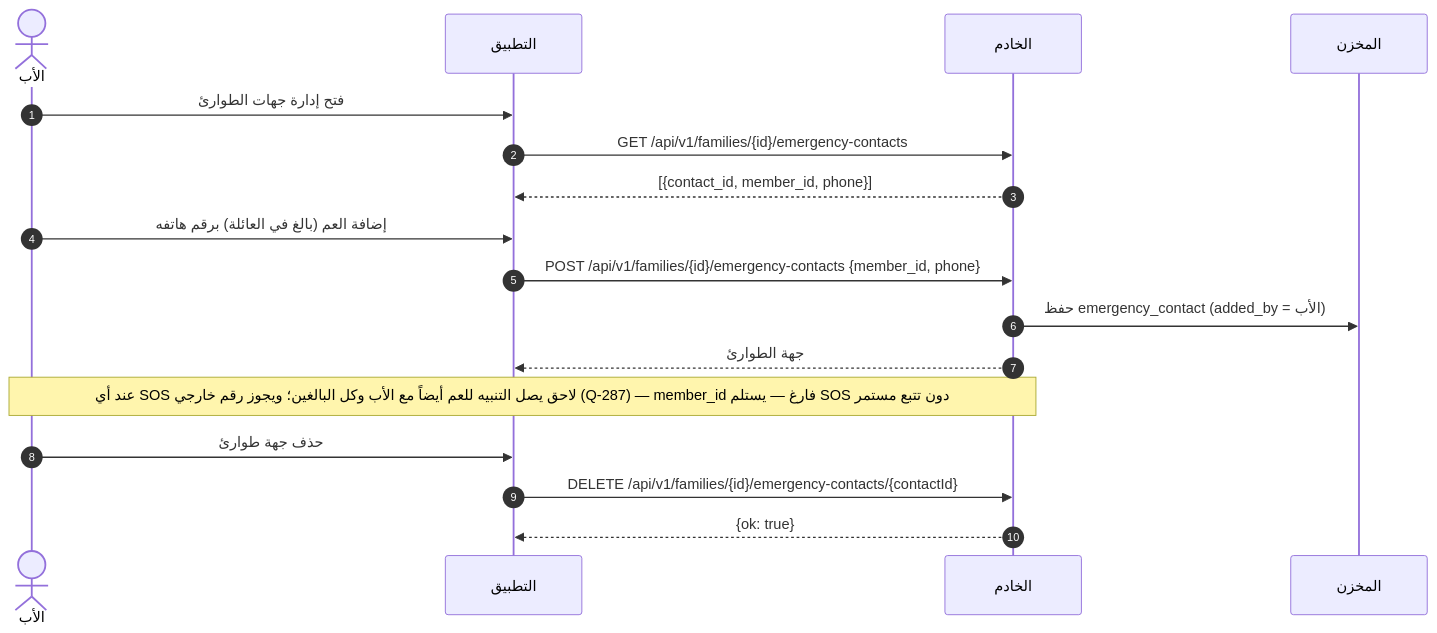
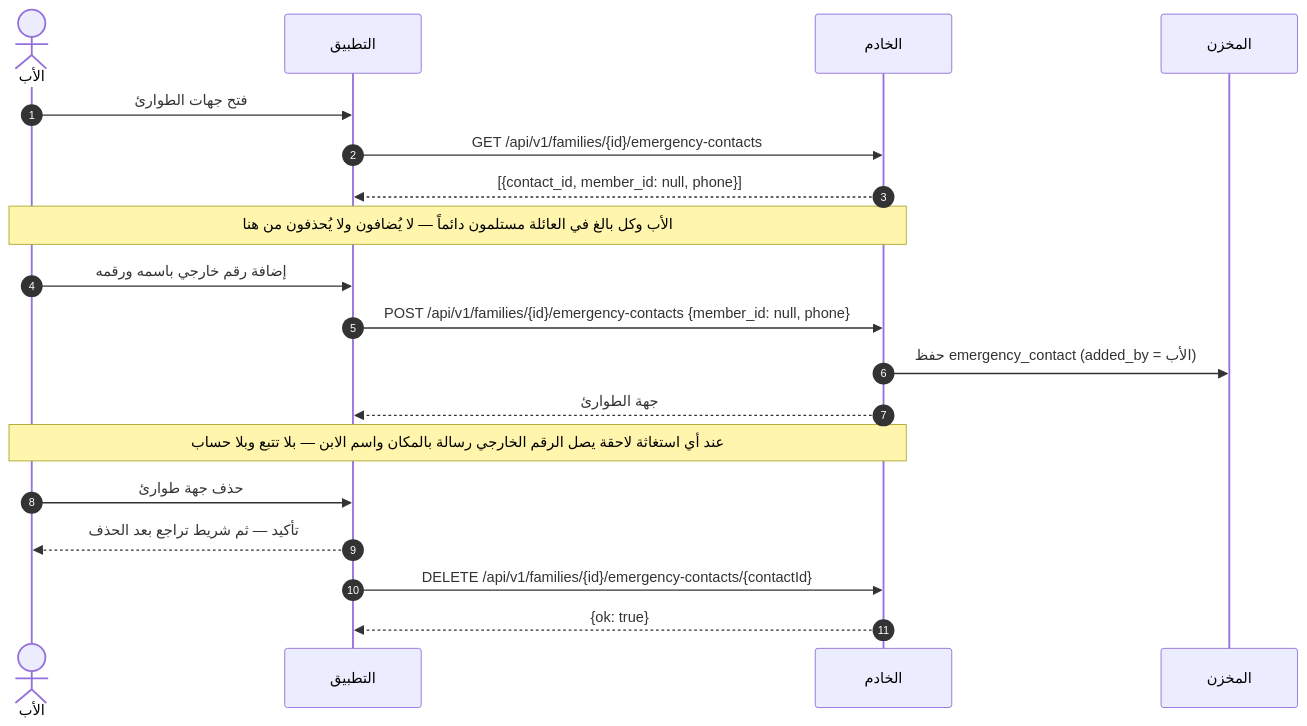
Before and after one commit to Bassam-mohammed-alqaeadi/family-os-v2: the ninth of 23 diagrams in docs/family-os/governance/phases/phase-1/S1-07-location-basic/DIAGRAMS.md, drawn with Mermaid. The commit also changed other lines of this file, not shown here.

````diff
--- a/docs/family-os/governance/phases/phase-1/S1-07-location-basic/DIAGRAMS.md
+++ b/docs/family-os/governance/phases/phase-1/S1-07-location-basic/DIAGRAMS.md
@@ -343,19 +398,21 @@
 ```mermaid
 sequenceDiagram
     autonumber
     actor Father as الأب
     participant Flutter as التطبيق
     participant Ktor as الخادم
     participant PG as المخزن
-    Father->>Flutter: فتح إدارة جهات الطوارئ
+    Father->>Flutter: فتح جهات الطوارئ
     Flutter->>Ktor: GET /api/v1/families/{id}/emergency-contacts
-    Ktor-->>Flutter: [{contact_id, member_id, phone}]
-    Father->>Flutter: إضافة العم (بالغ في العائلة) برقم هاتفه
-    Flutter->>Ktor: POST /api/v1/families/{id}/emergency-contacts {member_id, phone}
+    Ktor-->>Flutter: [{contact_id, member_id: null, phone}]
+    Note over Father,Ktor: الأب وكل بالغ في العائلة مستلمون دائماً — لا يُضافون ولا يُحذفون من هنا
+    Father->>Flutter: إضافة رقم خارجي باسمه ورقمه
+    Flutter->>Ktor: POST /api/v1/families/{id}/emergency-contacts {member_id: null, phone}
     Ktor->>PG: حفظ emergency_contact (added_by = الأب)
     Ktor-->>Flutter: جهة الطوارئ
-    Note over Father,Ktor: عند أي SOS لاحق يصل التنبيه للعم أيضاً مع الأب وكل البالغين؛ ويجوز رقم خارجي (Q-287) — member_id فارغ — يستلم SOS دون تتبع مستمر
+    Note over Father,Ktor: عند أي استغاثة لاحقة يصل الرقم الخارجي رسالة بالمكان واسم الابن — بلا تتبع وبلا حساب
     Father->>Flutter: حذف جهة طوارئ
+    Flutter-->>Father: تأكيد — ثم شريط تراجع بعد الحذف
     Flutter->>Ktor: DELETE /api/v1/families/{id}/emergency-contacts/{contactId}
     Ktor-->>Flutter: {ok: true}
 ```
````
